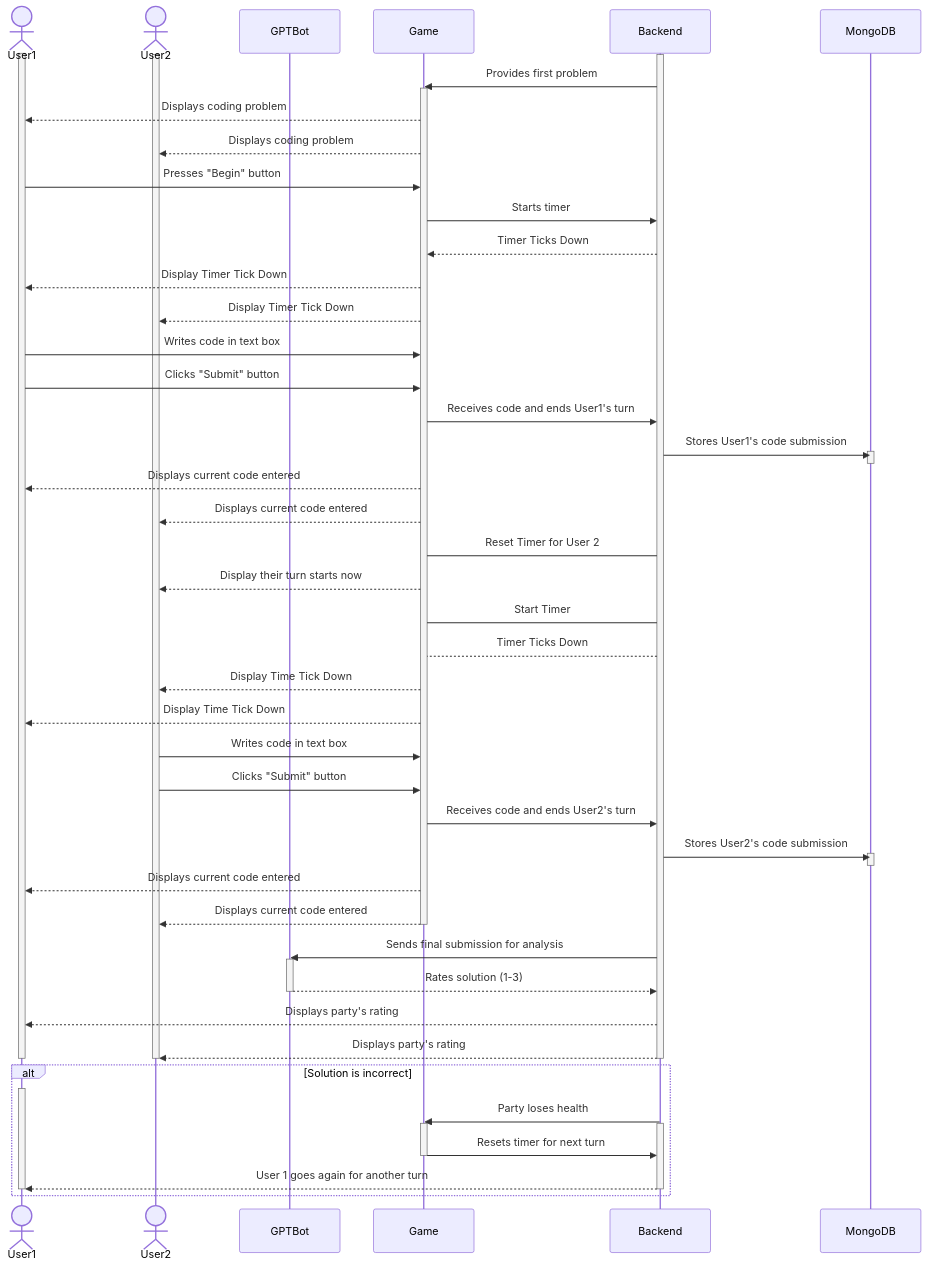
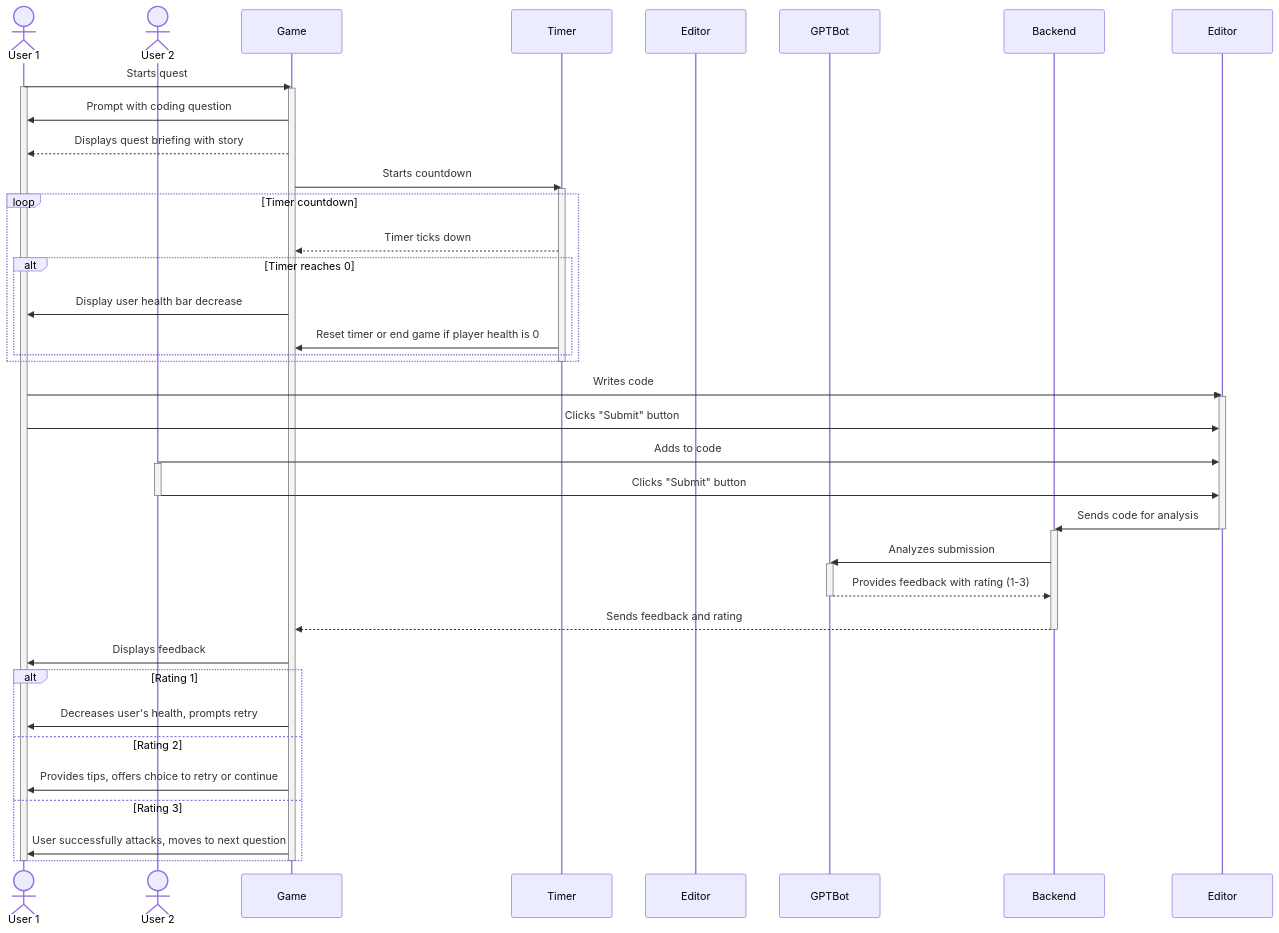
The ninth of 9 diagrams in documentation/docs/system-architecture/sequence-diagrams.md (capstone-projects-2024-fall/devs-and-dragons), drawn with Mermaid before and after one commit. The commit also changed other lines of this file and 1 other file, not shown here.

Commit message:
- Revert to original sequence diagrams - update use case steps for use case 9

````diff
--- a/documentation/docs/system-architecture/sequence-diagrams.md
+++ b/documentation/docs/system-architecture/sequence-diagrams.md
@@ -577,68 +444,53 @@
 ```mermaid
 sequenceDiagram
-    actor User1
-    actor User2 
+    actor User1 as User 1
+    actor User2 as User 2
+    participant Game
+    participant Timer
+    participant CodeEditor as Editor
     participant GPTBot
-    participant GameEngine as Game
     participant Backend
-    participant Database as MongoDB
+
+    User1->>Game: Starts quest
     activate User1
+    activate Game
+    Game->>User1: Prompt with coding question
+    Game-->>User1: Displays quest briefing with story
+    Game->>Timer: Starts countdown
+    activate Timer
+    loop Timer countdown
+        Timer-->>Game: Timer ticks down
+        alt Timer reaches 0
+            Game->>User1: Display user health bar decrease
+            Timer->>Game: Reset timer or end game if player health is 0
+        end
+    end
+    deactivate Timer
+    
+    User1->>Editor: Writes code
+    activate Editor
+    User1->>Editor: Clicks "Submit" button
+    User2->>Editor: Adds to code
     activate User2
+    User2->>Editor: Clicks "Submit" button
+    deactivate User2
+    Editor->>Backend: Sends code for analysis
+    deactivate Editor
     activate Backend
-    Backend->>GameEngine: Provides first problem
-    activate GameEngine
-    GameEngine-->>User1: Displays coding problem
-    GameEngine-->>User2: Displays coding problem
-    User1->>GameEngine: Presses "Begin" button
-    
-    GameEngine->>Backend: Starts timer
-    Backend-->>GameEngine: Timer Ticks Down
-    GameEngine-->>User1: Display Timer Tick Down
-    GameEngine-->>User2: Display Timer Tick Down
-    User1->>GameEngine: Writes code in text box
-    User1->>GameEngine: Clicks "Submit" button
-    GameEngine->>Backend: Receives code and ends User1's turn
-    Backend->>Database: Stores User1's code submission
-    activate Database
-    deactivate Database
-    GameEngine-->>User1: Displays current code entered
-    GameEngine-->>User2: Displays current code entered
-    GameEngine->Backend: Reset Timer for User 2
-    GameEngine-->>User2: Display their turn starts now
-    GameEngine->Backend: Start Timer
-    Backend-->GameEngine: Timer Ticks Down
-    GameEngine-->>User2: Display Time Tick Down
-    GameEngine-->>User1: Display Time Tick Down
-    User2->>GameEngine: Writes code in text box
-    User2->>GameEngine: Clicks "Submit" button
-    
-    GameEngine->>Backend: Receives code and ends User2's turn
-    
-    Backend->>Database: Stores User2's code submission
-    activate Database
-    deactivate Database
-    GameEngine-->>User1: Displays current code entered
-    GameEngine-->>User2: Displays current code entered
-    deactivate GameEngine
-    Backend->>GPTBot: Sends final submission for analysis
+    Backend->>GPTBot: Analyzes submission
     activate GPTBot
-    GPTBot-->>Backend: Rates solution (1-3)
+    GPTBot-->>Backend: Provides feedback with rating (1-3)
     deactivate GPTBot
-    Backend-->>User1: Displays party's rating
-    Backend-->>User2: Displays party's rating
+    Backend-->>Game: Sends feedback and rating
     deactivate Backend
+    Game->>User1: Displays feedback
+    alt Rating 1
+        Game->>User1: Decreases user's health, prompts retry
+    else Rating 2
+        Game->>User1: Provides tips, offers choice to retry or continue
+    else Rating 3
+        Game->>User1: User successfully attacks, moves to next question
+    end
+    deactivate Game
     deactivate User1
-    deactivate User2
-    alt Solution is incorrect
-        activate User1
-        Backend->>GameEngine: Party loses health
-        activate GameEngine
-        activate Backend
-        GameEngine->>Backend: Resets timer for next turn
-        deactivate GameEngine
-        Backend-->>User1: User 1 goes again for another turn
-        deactivate Backend
-        deactivate User1
-       
-    end
 ```
````
